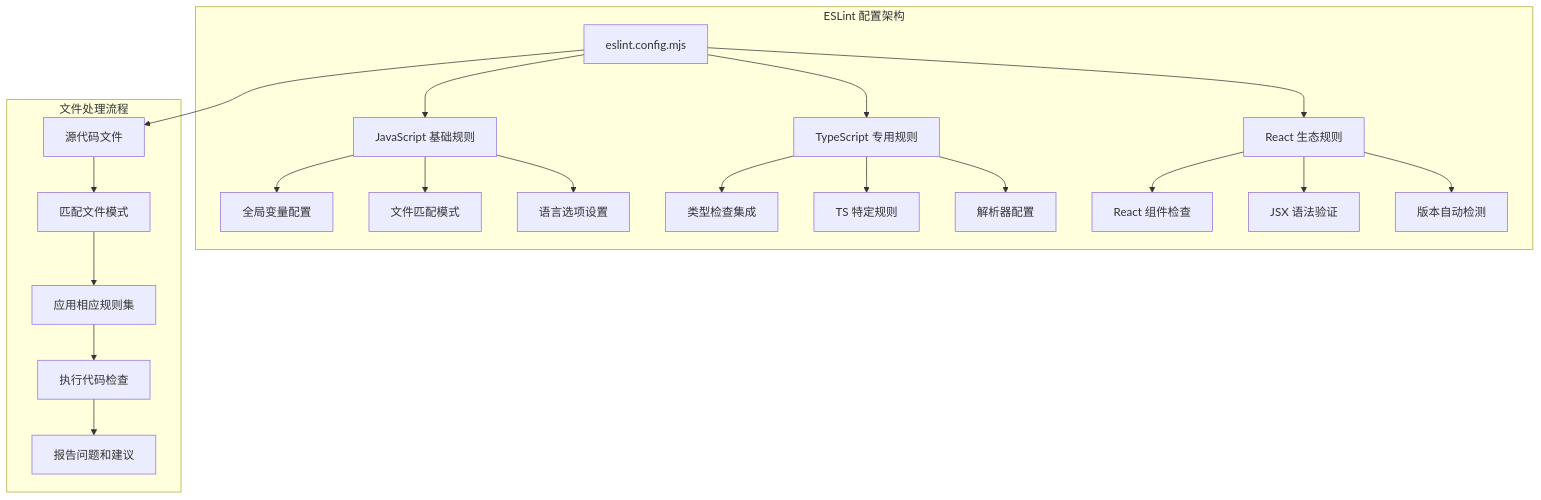
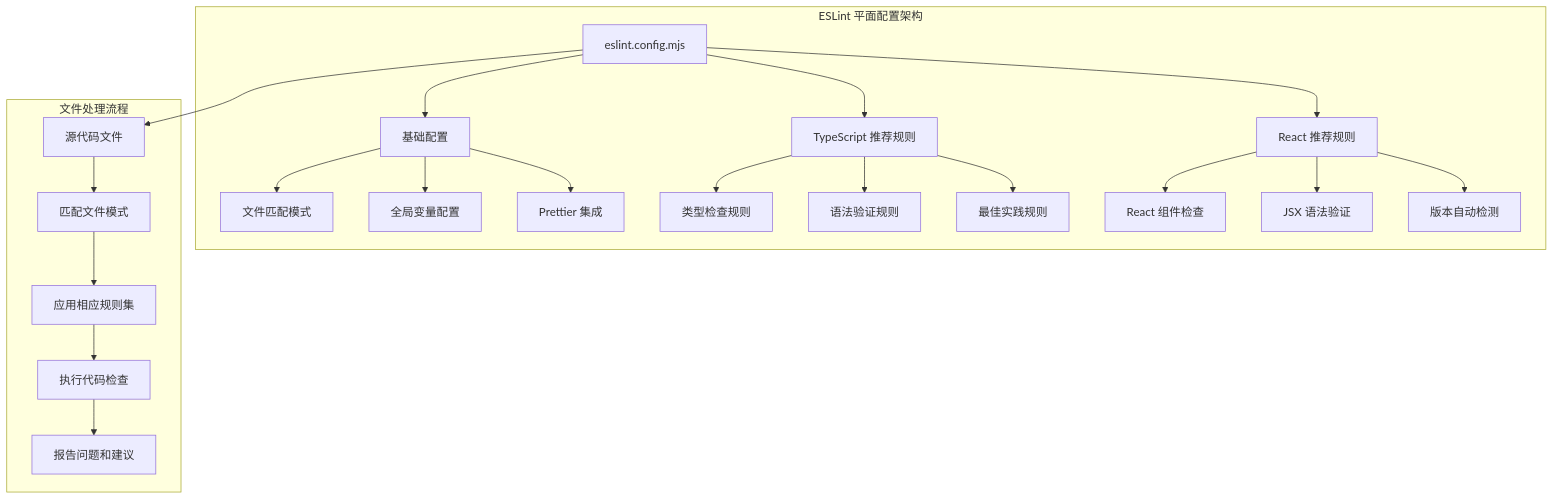
Before and after one commit to kkxxll/reactNext: the third of 9 diagrams in .qoder/repowiki/zh/content/开发工具链/ESLint 代码质量检查.md, drawn with Mermaid. The commit also changed other lines of this file and 7 other files, not shown here.

````diff
--- a/.qoder/repowiki/zh/content/开发工具链/ESLint 代码质量检查.md
+++ b/.qoder/repowiki/zh/content/开发工具链/ESLint 代码质量检查.md
@@ -139,24 +157,24 @@
 ```mermaid
 graph TD
-subgraph "ESLint 配置架构"
-A[eslint.config.mjs] --> B[JavaScript 基础规则]
-A --> C[TypeScript 专用规则]
-A --> D[React 生态规则]
-B --> E[全局变量配置]
-B --> F[文件匹配模式]
-B --> G[语言选项设置]
-C --> H[类型检查集成]
-C --> I[TS 特定规则]
-C --> J[解析器配置]
+subgraph "ESLint 平面配置架构"
+A[eslint.config.mjs] --> B[基础配置]
+A --> C[TypeScript 推荐规则]
+A --> D[React 推荐规则]
+B --> E[文件匹配模式]
+B --> F[全局变量配置]
+B --> G[Prettier 集成]
+C --> H[类型检查规则]
+C --> I[语法验证规则]
+C --> J[最佳实践规则]
 D --> K[React 组件检查]
 D --> L[JSX 语法验证]
 D --> M[版本自动检测]
 end
 subgraph "文件处理流程"
 N[源代码文件] --> O[匹配文件模式]
 O --> P[应用相应规则集]
 P --> Q[执行代码检查]
 Q --> R[报告问题和建议]
 end
 A --> N
 ```
````
